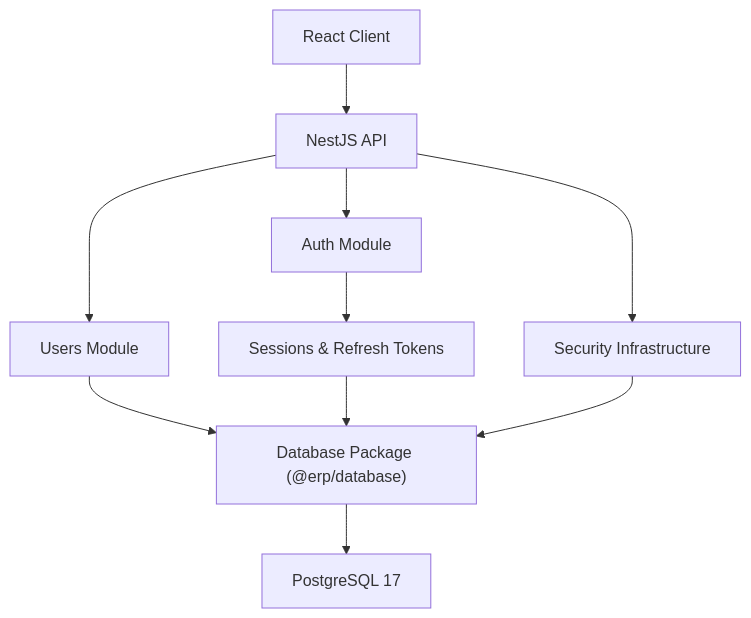
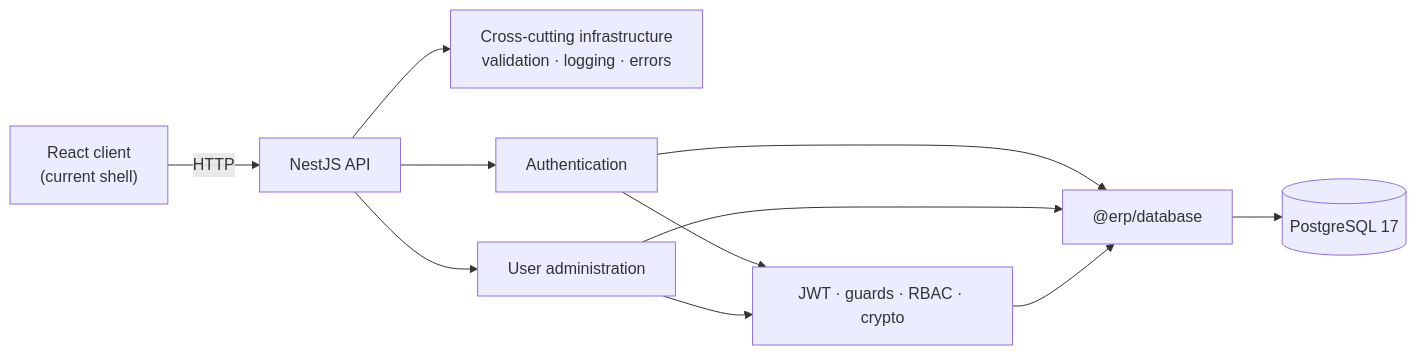
One commit to fgorordodev/erp-system changed the diagram in README.md. Above: the diagram before and after it, drawn with Mermaid. The commit also changed other lines of this file and 23 other files, not shown here.

````diff
--- a/README.md
+++ b/README.md
@@ -36,24 +46,22 @@
 ```mermaid
-graph TD
-    Client["React Client"]
+flowchart LR
+    Client["React client\n(current shell)"]
     API["NestJS API"]
-    Auth["Auth Module"]
-    Users["Users Module"]
-    Security["Security Infrastructure"]
-    Sessions["Sessions & Refresh Tokens"]
-    Database["Database Package (@erp/database)"]
-    PostgreSQL["PostgreSQL 17"]
+    Cross["Cross-cutting infrastructure\nvalidation · logging · errors"]
+    Auth["Authentication"]
+    Users["User administration"]
+    Security["JWT · guards · RBAC · crypto"]
+    DBPkg["@erp/database"]
+    DB[("PostgreSQL 17")]
 
-    Client --> API
+    Client -->|HTTP| API
+    API --> Cross
     API --> Auth
     API --> Users
-    API --> Security
-
-    Auth --> Sessions
-
-    Users --> Database
-    Sessions --> Database
-    Security --> Database
-
-    Database --> PostgreSQL
+    Auth --> Security
+    Users --> Security
+    Auth --> DBPkg
+    Users --> DBPkg
+    Security --> DBPkg
+    DBPkg --> DB
 ```
````
